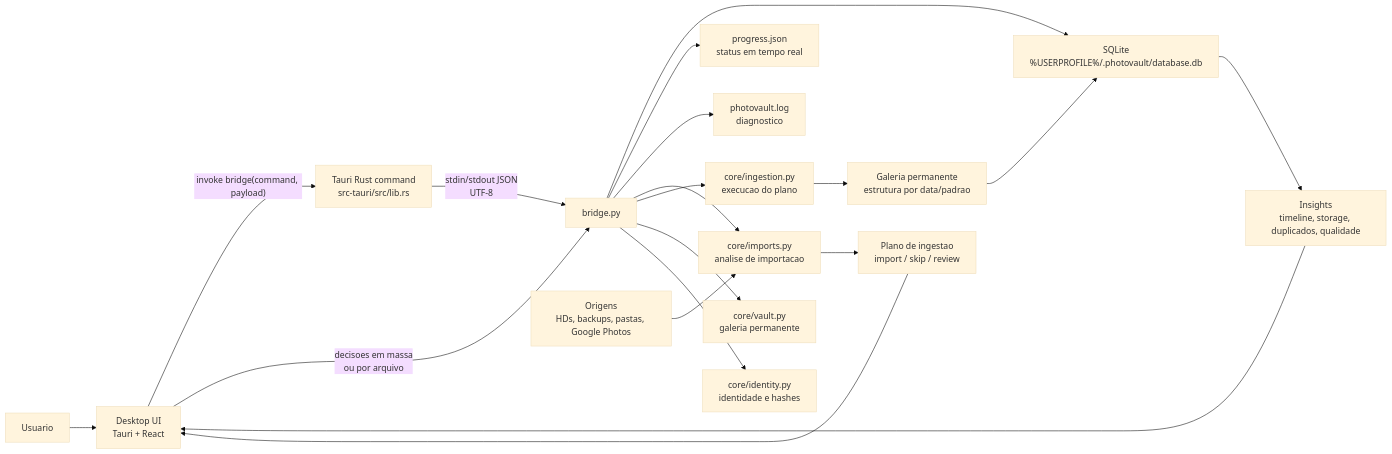
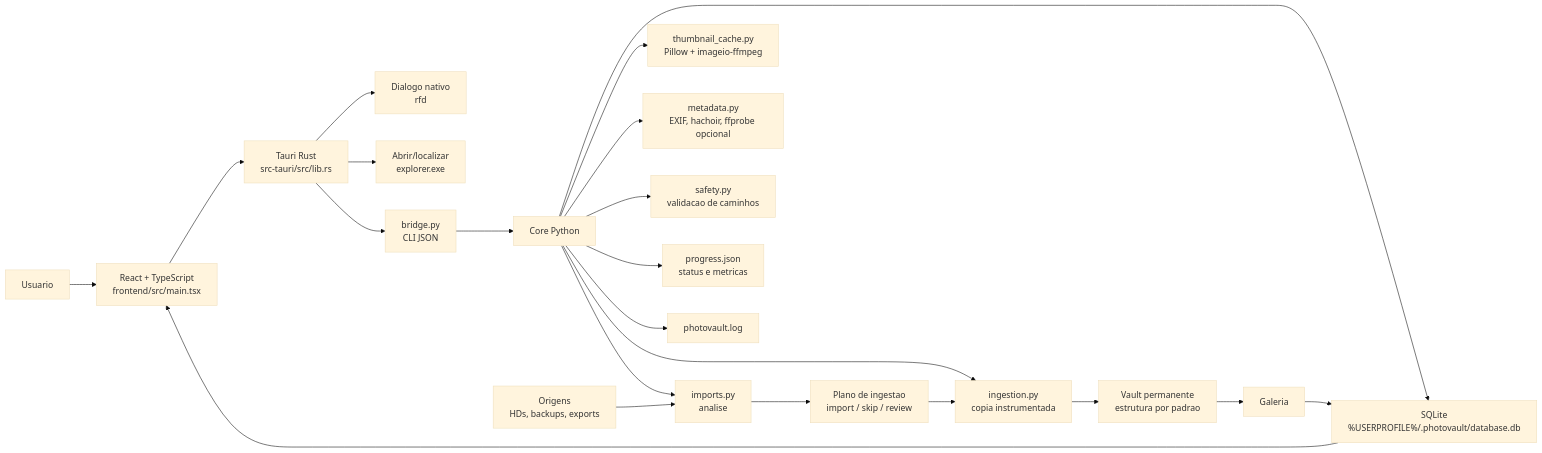
The first of 2 diagrams in README.md (caiosegovia/PhotoVault), drawn with Mermaid (base theme) before and after one commit. The commit also changed other lines of this file and 26 other files, not shown here.

````diff
--- a/README.md
+++ b/README.md
@@ -48,26 +52,28 @@
 ```mermaid
 flowchart LR
-    User["Usuario"] --> UI["Desktop UI<br/>Tauri + React"]
+    User["Usuario"] --> UI["React + TypeScript<br/>frontend/src/main.tsx"]
 
-    UI -->|"invoke bridge(command, payload)"| Rust["Tauri Rust command<br/>src-tauri/src/lib.rs"]
-    Rust -->|"stdin/stdout JSON<br/>UTF-8"| Bridge["bridge.py"]
+    UI --> Native["Tauri Rust<br/>src-tauri/src/lib.rs"]
+    Native --> Dialog["Dialogo nativo<br/>rfd"]
+    Native --> Explorer["Abrir/localizar<br/>explorer.exe"]
+    Native --> Bridge["bridge.py<br/>CLI JSON"]
 
-    Bridge --> DB["SQLite<br/>%USERPROFILE%/.photovault/database.db"]
-    Bridge --> Progress["progress.json<br/>status em tempo real"]
-    Bridge --> Logs["photovault.log<br/>diagnostico"]
+    Bridge --> Core["Core Python"]
+    Core --> Imports["imports.py<br/>analise"]
+    Core --> Ingestion["ingestion.py<br/>copia instrumentada"]
+    Core --> Thumb["thumbnail_cache.py<br/>Pillow + imageio-ffmpeg"]
+    Core --> Metadata["metadata.py<br/>EXIF, hachoir, ffprobe opcional"]
+    Core --> Safety["safety.py<br/>validacao de caminhos"]
 
-    Bridge --> Imports["core/imports.py<br/>analise de importacao"]
-    Bridge --> Ingestion["core/ingestion.py<br/>execucao do plano"]
-    Bridge --> Vault["core/vault.py<br/>galeria permanente"]
-    Bridge --> Identity["core/identity.py<br/>identidade e hashes"]
+    Core --> DB["SQLite<br/>%USERPROFILE%/.photovault/database.db"]
+    Core --> Progress["progress.json<br/>status e metricas"]
+    Core --> Logs["photovault.log"]
 
-    Sources["Origens<br/>HDs, backups, pastas, Google Photos"] --> Imports
+    Sources["Origens<br/>HDs, backups, exports"] --> Imports
     Imports --> Plan["Plano de ingestao<br/>import / skip / review"]
-    Plan --> UI
-    UI -->|"decisoes em massa<br/>ou por arquivo"| Bridge
-    Ingestion --> Gallery["Galeria permanente<br/>estrutura por data/padrao"]
+    Plan --> Ingestion
+    Ingestion --> Vault["Vault permanente<br/>estrutura por padrao"]
+    Vault --> Gallery["Galeria"]
     Gallery --> DB
-
-    DB --> Insights["Insights<br/>timeline, storage, duplicados, qualidade"]
-    Insights --> UI
+    DB --> UI
 ```
````
